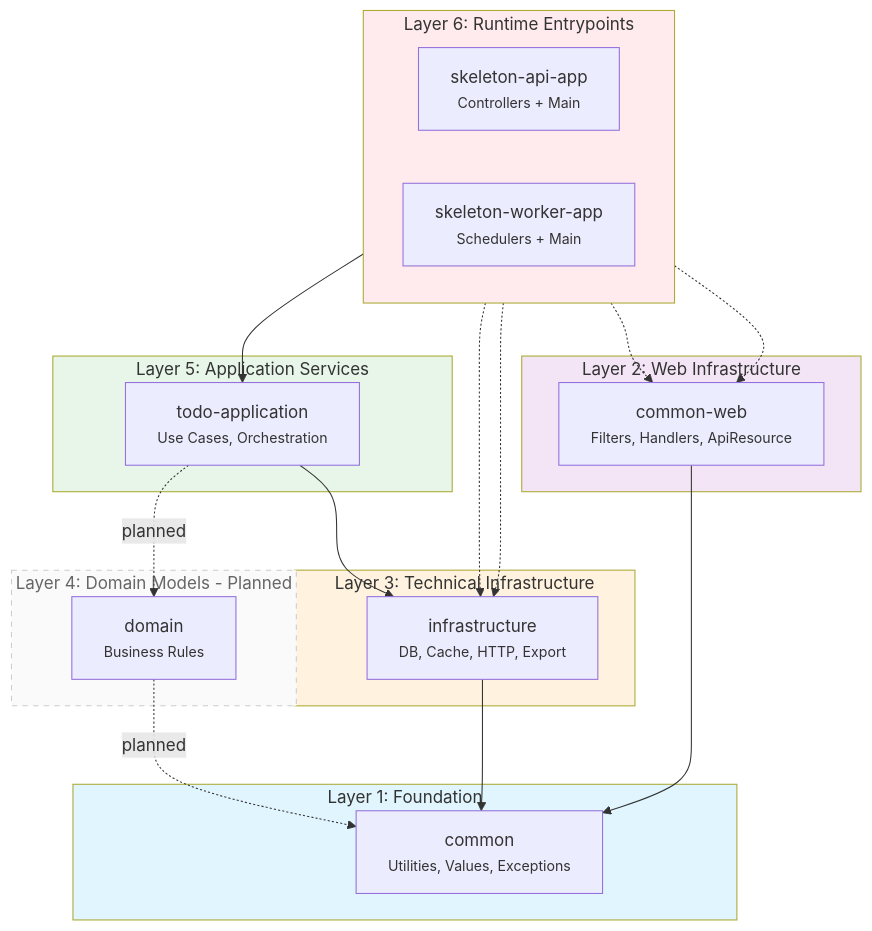
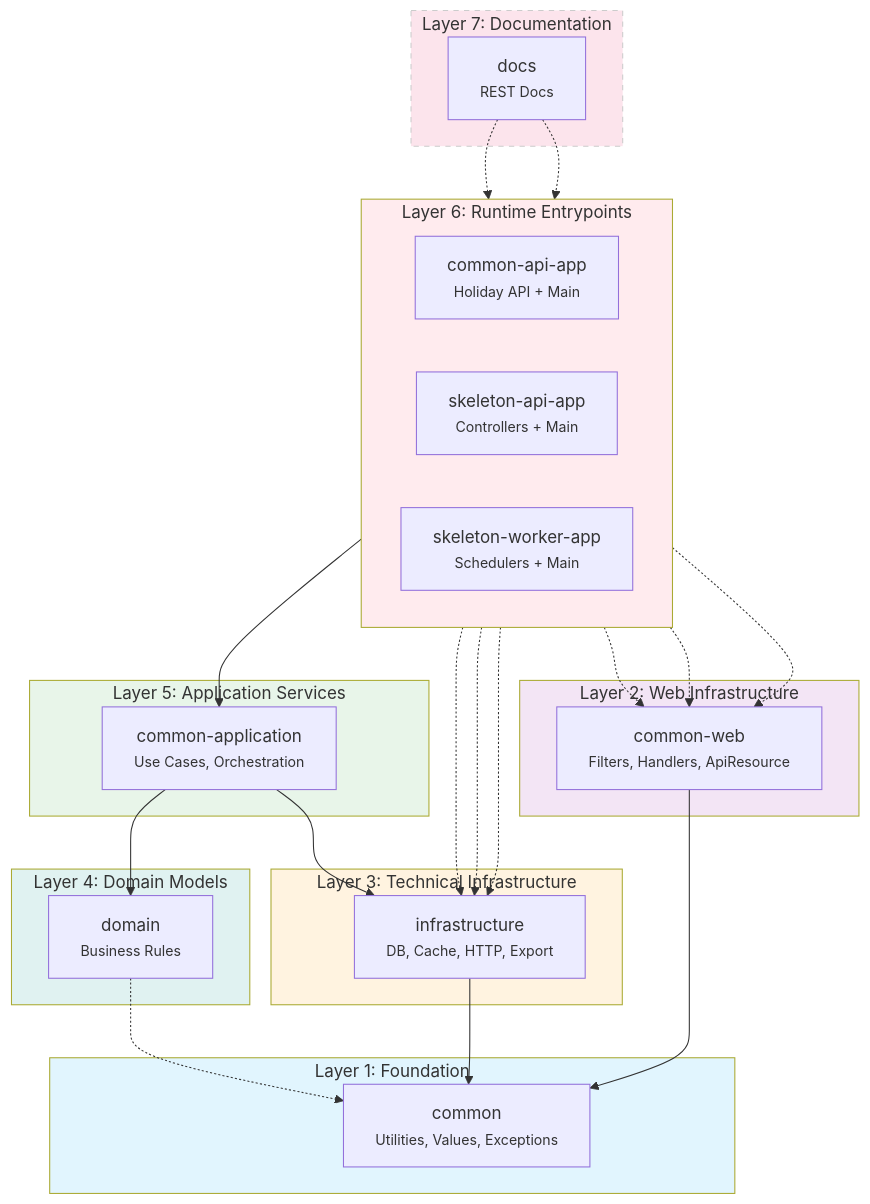
Before and after one commit to gykk16/spring-skeleton: the second of 3 diagrams in .docs/module-dependency.md, drawn with Mermaid. The commit also changed other lines of this file, not shown here.

````diff
--- a/.docs/module-dependency.md
+++ b/.docs/module-dependency.md
@@ -91,49 +104,60 @@
 ```mermaid
 graph TD
+    subgraph Layer7["Layer 7: Documentation"]
+        Docs["docs<br/><small>REST Docs</small>"]
+    end
+
     subgraph Layer6["Layer 6: Runtime Entrypoints"]
         direction LR
+        CommonAPI["common-api-app<br/><small>Holiday API + Main</small>"]
         API["skeleton-api-app<br/><small>Controllers + Main</small>"]
         Worker["skeleton-worker-app<br/><small>Schedulers + Main</small>"]
     end
 
     subgraph Layer5["Layer 5: Application Services"]
-        TodoApp["todo-application<br/><small>Use Cases, Orchestration</small>"]
+        CommonApp["common-application<br/><small>Use Cases, Orchestration</small>"]
     end
 
-    subgraph Layer4["Layer 4: Domain Models - Planned"]
+    subgraph Layer4["Layer 4: Domain Models"]
         Domain["domain<br/><small>Business Rules</small>"]
     end
 
     subgraph Layer3["Layer 3: Technical Infrastructure"]
         Infra["infrastructure<br/><small>DB, Cache, HTTP, Export</small>"]
     end
 
     subgraph Layer2["Layer 2: Web Infrastructure"]
         CommonWeb["common-web<br/><small>Filters, Handlers, ApiResource</small>"]
     end
 
     subgraph Layer1["Layer 1: Foundation"]
         Common["common<br/><small>Utilities, Values, Exceptions</small>"]
     end
 
-    API --> TodoApp
+    Docs -.-> CommonAPI
+    Docs -.-> API
+
+    CommonAPI --> CommonApp
+    CommonAPI -.-> CommonWeb
+    CommonAPI -.-> Infra
     API -.-> CommonWeb
     API -.-> Infra
     Worker -.-> CommonWeb
     Worker -.-> Infra
 
-    TodoApp --> Infra
-    TodoApp -.->|planned| Domain
+    CommonApp --> Domain
+    CommonApp --> Infra
 
-    Domain -.->|planned| Common
+    Domain -.-> Common
 
     Infra --> Common
     CommonWeb --> Common
 
+    style Layer7 fill:#fce4ec,stroke:#ccc,stroke-dasharray:5,color:#333
     style Layer6 fill:#ffebee,color:#333
     style Layer5 fill:#e8f5e9,color:#333
-    style Layer4 fill:#fafafa,stroke:#ccc,stroke-dasharray:5,color:#666
+    style Layer4 fill:#e0f2f1,color:#333
     style Layer3 fill:#fff3e0,color:#333
     style Layer2 fill:#f3e5f5,color:#333
     style Layer1 fill:#e1f5fe,color:#333
 ```
````
